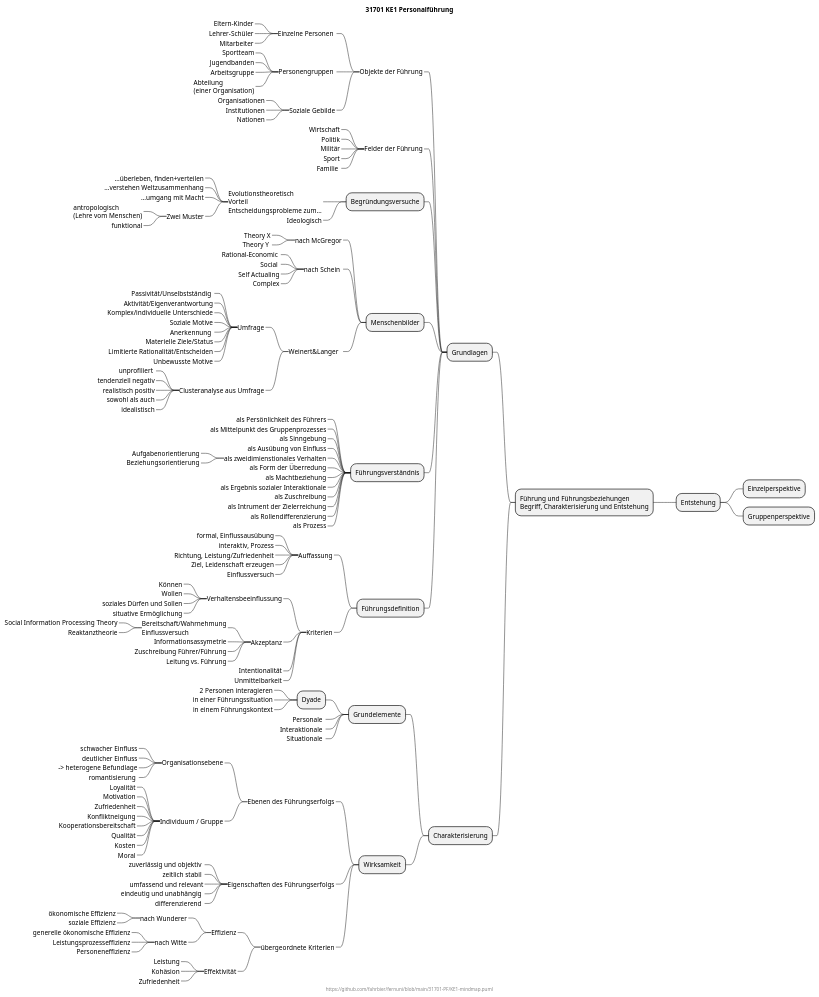
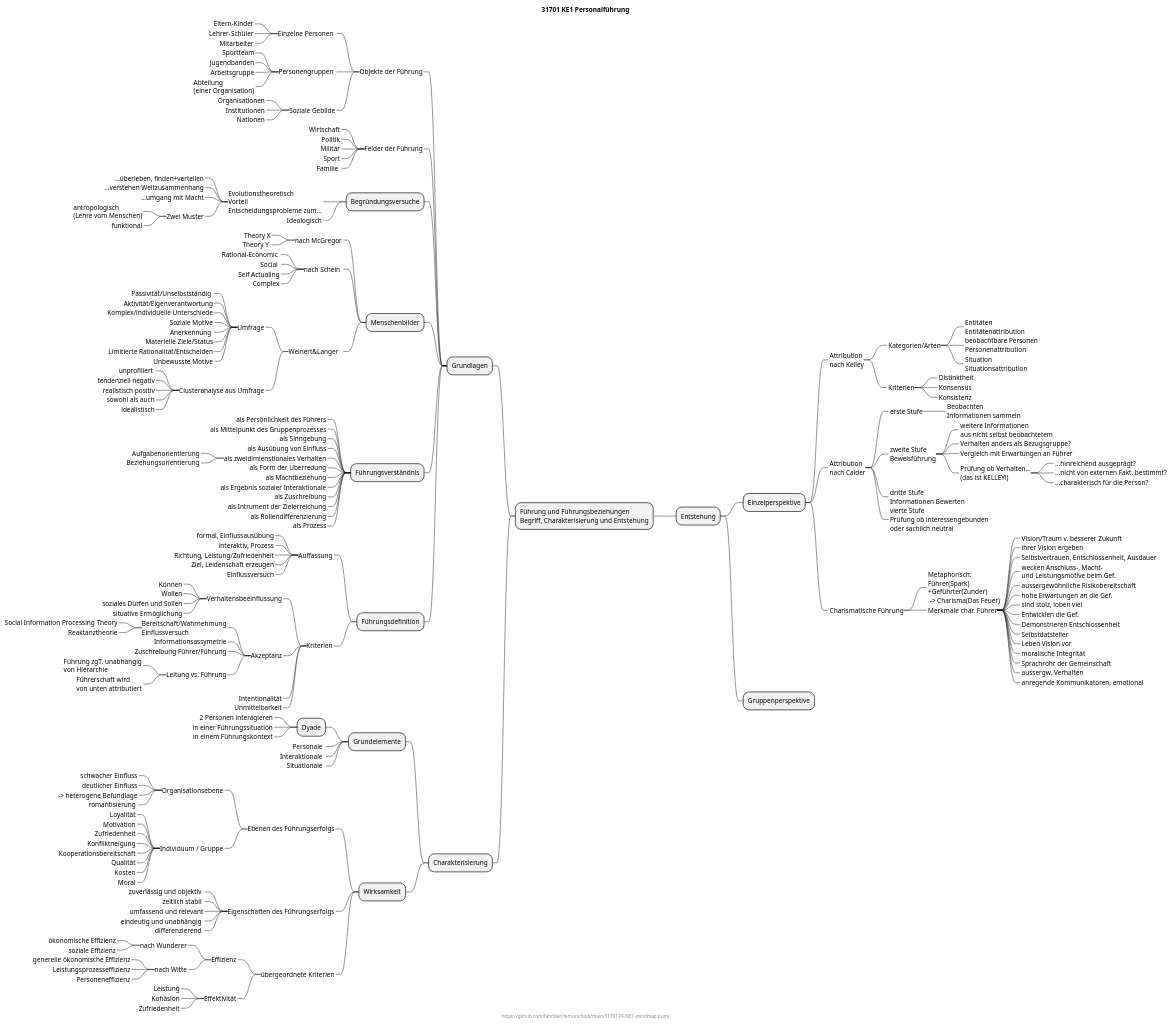
The diagram in 31701-PF/KE1-mindmap.puml (fahrbier/fernuni), drawn with PlantUML before and after one commit.

Commit message:
weitermachen

```diff
--- a/31701-PF/KE1-mindmap.puml
+++ b/31701-PF/KE1-mindmap.puml
@@ -109,6 +109,11 @@
 ------_ Informationsassymetrie
 ------_ Zuschreibung Führer/Führung
 ------_ Leitung vs. Führung
+-------_ Führung zgT. unabhängig\nvon Hierarchie
+-------_ Führerschaft wird\nvon unten attributiert
+
+
+
 
 
 
@@ -178,6 +183,53 @@
 
 ++ Entstehung
 +++ Einzelperspektive
+++++_ Attribution\nnach Kelley
++++++_ Kategorien/Arten
+++++++_ Entitäten\nEntitätenattribution
+++++++_ beobachtbare Personen\nPersonenattribution
+++++++_ Situation\nSituationsattribution
++++++_ Kriterien
+++++++_ Distinktheit
+++++++_ Konsensus
+++++++_ Konsistenz
+
+++++_ Attribution\nnach Calder
++++++_ erste Stufe
+++++++_ Beobachten\nInformationen sammeln
+
++++++_ zweite Stufe\nBeweisführung
+++++++_ weitere Informationen\naus nicht selbst beobachtetem
+++++++_ Verhalten anders als Bezugsgruppe?
+++++++_ Vergleich mit Erwartungen an Führer
+++++++_ Prüfung ob Verhalten...\n(das ist KELLEY!)
++++++++_ ...hinreichend ausgeprägt?
++++++++_ ...nicht von externen Fakt. bestimmt?
++++++++_ ...charakterisch für die Person?
++++++_ dritte Stufe\nInformationen Bewerten
++++++_ vierte Stufe\nPrüfung ob interessengebunden\noder sachlich neutral
+
+++++_ Charismatische Führung
++++++_ Metaphorisch:\nFührer(Spark)\n+Geführter(Zunder)\n -> Charisma(Das Feuer)
++++++_ Merkmale char. Führer
+++++++_ Vision/Traum v. besserer Zukunft
+++++++_ ihrer Vision ergeben
+++++++_ Selbstvertrauen, Entschlossenheit, Ausdauer
+++++++_ wecken Anschluss-, Macht-\nund Leistungsmotive beim Gef.
+++++++_ aussergewöhnliche Risikobereitschaft
+++++++_ hohe Erwartungen an die Gef.
+++++++_ sind stolz, loben viel
+++++++_ Entwicklen die Gef.
+++++++_ Demonstrieren Entschlossenheit
+++++++_ Selbstdatsteller
+++++++_ Leben Vision vor
+++++++_ moralische Integrität
+++++++_ Sprachrohr der Gemeinschaft
+++++++_ aussergw. Verhalten
+++++++_ anregende Kommunikatoren, emotional
+
+
+
+
 +++ Gruppenperspektive
 
 @endmindmap
```
